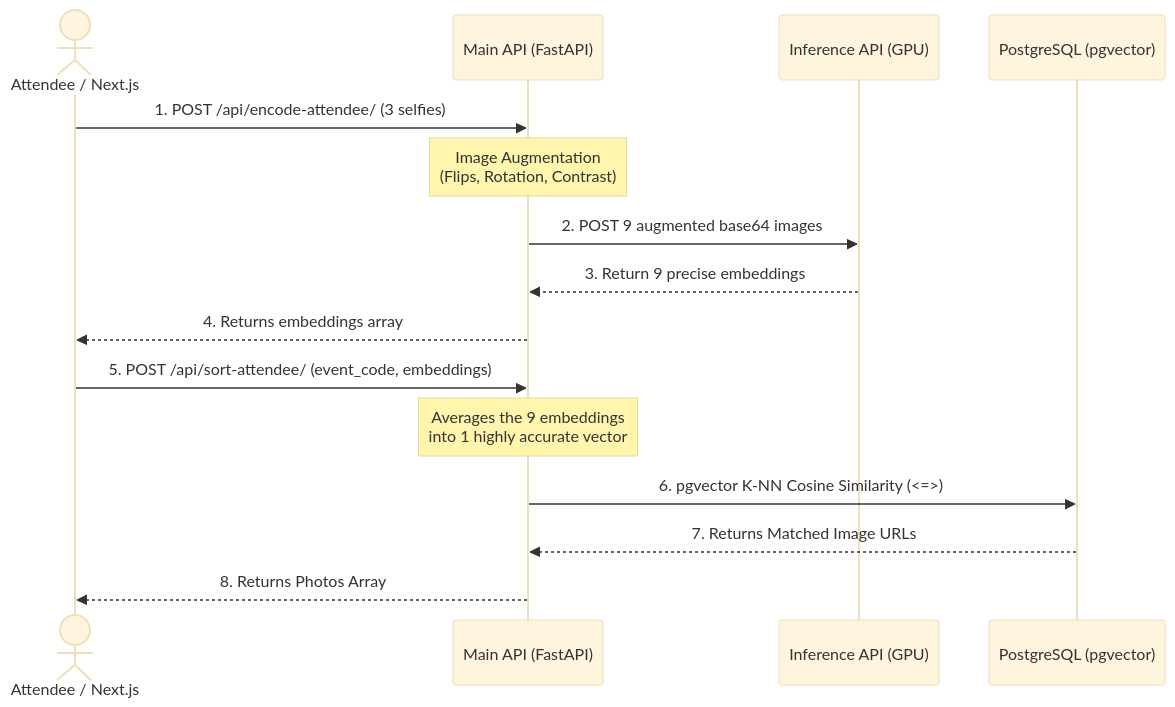
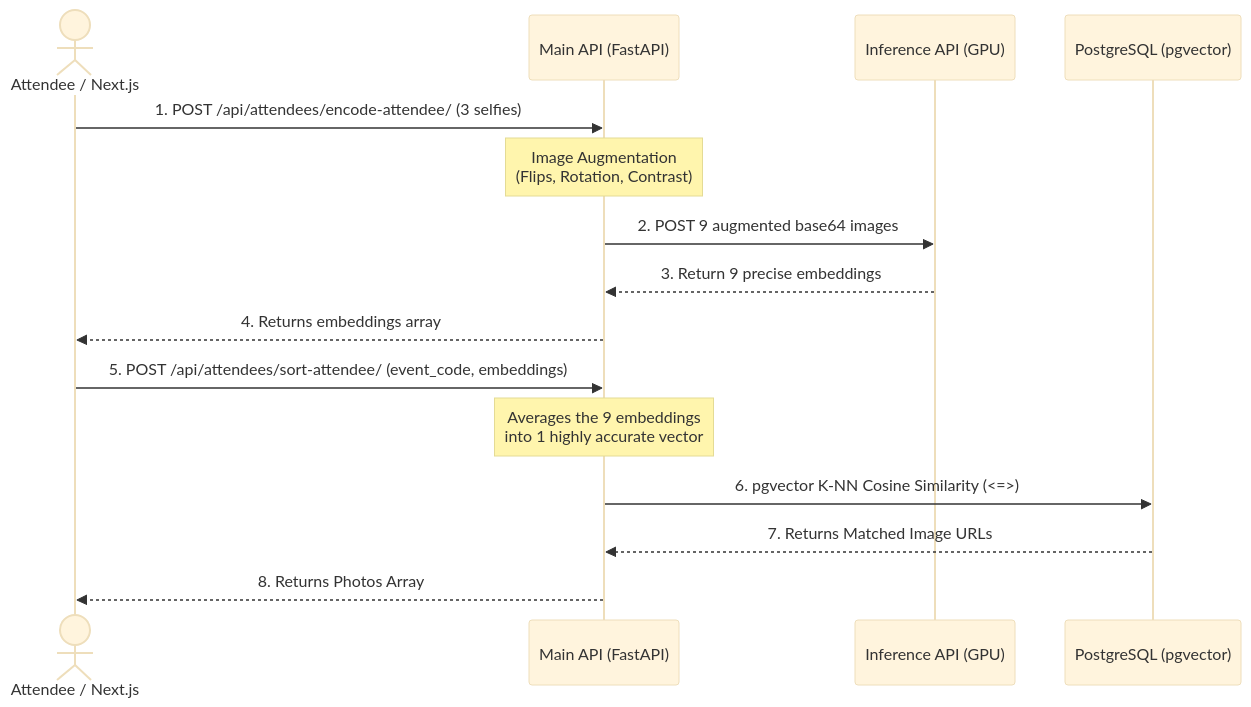
The second of 3 diagrams in workflows.md (Avneesh11905/EventSnapAPI), drawn with Mermaid (base theme) before and after one commit. The commit also changed other lines of this file and 11 other files, not shown here.

````diff
--- a/workflows.md
+++ b/workflows.md
@@ -47,20 +46,20 @@
 ```mermaid
 sequenceDiagram
 
 actor Attendee as Attendee / Next.js
 participant API as Main API (FastAPI)
 participant GPU as Inference API (GPU)
 participant DB as PostgreSQL (pgvector)
 
-Attendee->>API: 1. POST /api/encode-attendee/ (3 selfies)
+Attendee->>API: 1. POST /api/attendees/encode-attendee/ (3 selfies)
 Note over API: Image Augmentation<br/>(Flips, Rotation, Contrast)
 API->>GPU: 2. POST 9 augmented base64 images
 GPU-->>API: 3. Return 9 precise embeddings
 API-->>Attendee: 4. Returns embeddings array
 
-Attendee->>API: 5. POST /api/sort-attendee/ (event_code, embeddings)
+Attendee->>API: 5. POST /api/attendees/sort-attendee/ (event_code, embeddings)
 Note over API: Averages the 9 embeddings<br/>into 1 highly accurate vector
 API->>DB: 6. pgvector K-NN Cosine Similarity (<=>)
 DB-->>API: 7. Returns Matched Image URLs
 API-->>Attendee: 8. Returns Photos Array
 ```
````
